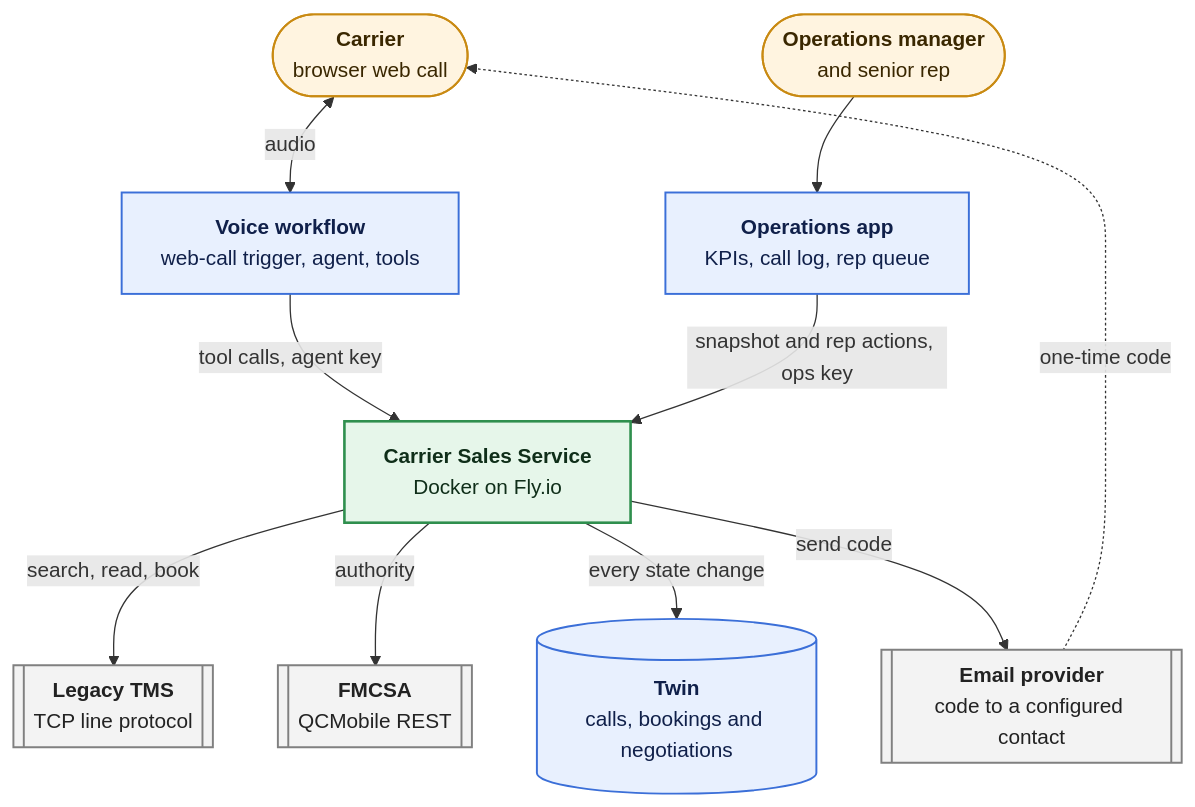
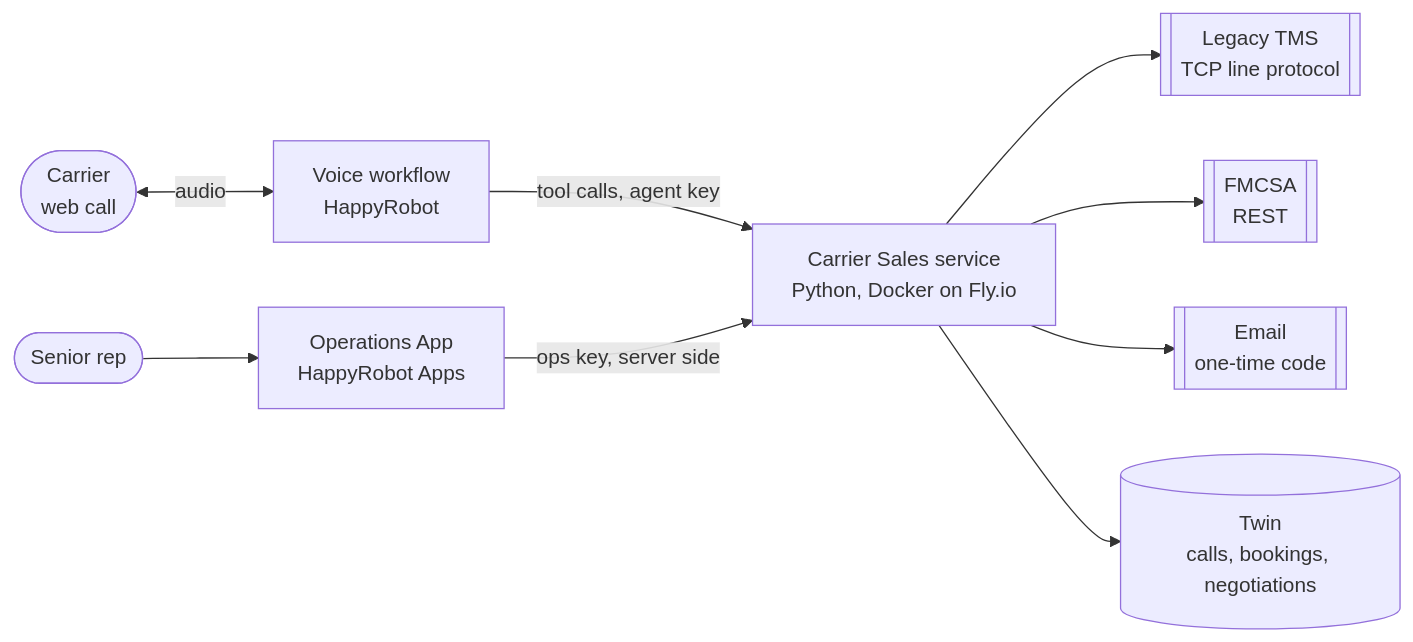
The diagram in ARCHITECTURE.md (sgon0181/happyrobot-inbound-carrier-sales), drawn with Mermaid before and after one commit. The commit also changed other lines of this file and 163 other files, not shown here.

````diff
--- a/ARCHITECTURE.md
+++ b/ARCHITECTURE.md
@@ -43,34 +7,11 @@
 ```mermaid
-flowchart TB
-    carrier(["<b>Carrier</b><br/>browser web call"])
-    manager(["<b>Operations manager</b><br/>and senior rep"])
-
-    voice["<b>Voice workflow</b><br/>web-call trigger, agent, tools"]
-    app["<b>Operations app</b><br/>KPIs, call log, rep queue"]
-
-    svc["<b>Carrier Sales Service</b><br/>Docker on Fly.io"]
-
-    tms[["<b>Legacy TMS</b><br/>TCP line protocol"]]
-    fmcsa[["<b>FMCSA</b><br/>QCMobile REST"]]
-    twin[("<b>Twin</b><br/>calls, bookings and negotiations")]
-    email[["<b>Email provider</b><br/>code to a configured contact"]]
-
-    carrier <-->|audio| voice
-    manager --> app
-    voice -->|"tool calls, agent key"| svc
-    app -->|"snapshot and rep actions, ops key"| svc
-    svc -->|"search, read, book"| tms
-    svc -->|authority| fmcsa
-    svc -->|"every state change"| twin
-    svc -->|send code| email
-    email -.->|one-time code| carrier
-
-    classDef hr fill:#e8f0fe,stroke:#3b6fd8,stroke-width:1.5px,color:#10204a
-    classDef svc fill:#e6f6ea,stroke:#2f8f4e,stroke-width:2px,color:#0f2e19
-    classDef ext fill:#f3f3f3,stroke:#808080,stroke-width:1.5px,color:#222
-    classDef person fill:#fff4e0,stroke:#c98a12,stroke-width:1.5px,color:#3a2700
-    class voice,app,twin hr
-    class svc svc
-    class tms,fmcsa,email ext
-    class carrier,manager person
+flowchart LR
+    carrier(["Carrier<br/>web call"]) <-->|audio| voice["Voice workflow<br/>HappyRobot"]
+    voice -->|tool calls, agent key| svc["Carrier Sales service<br/>Python, Docker on Fly.io"]
+    rep(["Senior rep"]) --> app["Operations App<br/>HappyRobot Apps"]
+    app -->|ops key, server side| svc
+    svc --> tms[["Legacy TMS<br/>TCP line protocol"]]
+    svc --> fmcsa[["FMCSA<br/>REST"]]
+    svc --> email[["Email<br/>one-time code"]]
+    svc --> twin[("Twin<br/>calls, bookings, negotiations")]
 ```
````
